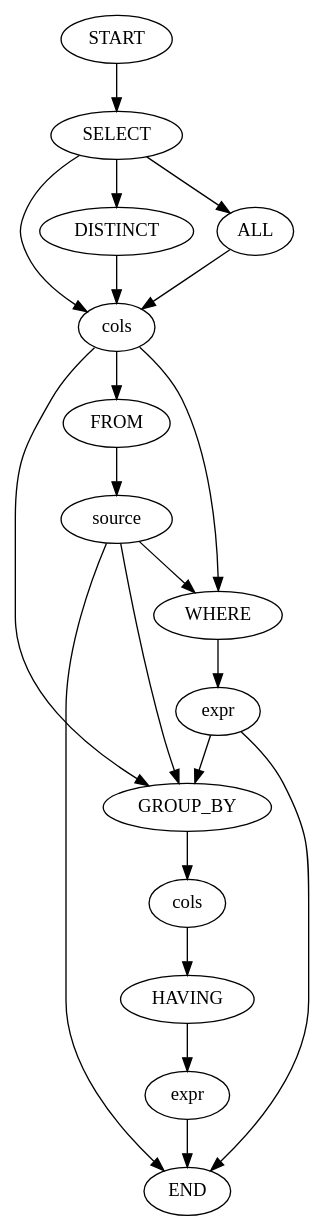
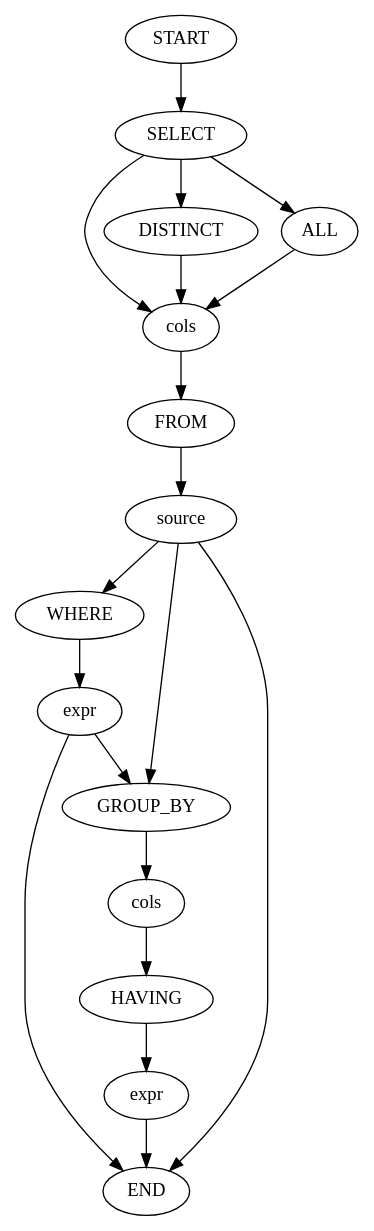
The diagram in src/generator/grammar.dot (BalderHolst/query-builder), drawn with Graphviz before and after one commit. The commit also changed 5 other files, not shown here.

```diff
--- a/src/generator/grammar.dot
+++ b/src/generator/grammar.dot
@@ -1,38 +1,36 @@
 # https://www.sqlite.org/syntaxdiagrams.html
 
 digraph my_graph {
     START;
     SELECT [label=SELECT];
     SELECT_TARGET [label=cols];
     DISTINCT_SPECIFIER [label=DISTINCT];
     ALL_SPECIFIER [label=ALL];
     FROM [label=FROM];
     FROM_TARGET [label=source];
     WHERE [label=WHERE];
     WHERE_TARGET [label=expr];
     GROUPBY [label=GROUP_BY];
     GROUPBY_TARGET [label=cols];
     HAVING [label=HAVING];
     HAVING_TARGET [label=expr];
     END;
 
     START -> SELECT
     SELECT -> SELECT_TARGET
     SELECT -> DISTINCT_SPECIFIER -> SELECT_TARGET
     SELECT -> ALL_SPECIFIER -> SELECT_TARGET
         SELECT_TARGET -> FROM
-        SELECT_TARGET -> WHERE
-        SELECT_TARGET -> GROUPBY
 
     FROM -> FROM_TARGET
         FROM_TARGET -> END
         FROM_TARGET -> GROUPBY
         FROM_TARGET -> WHERE
 
     WHERE -> WHERE_TARGET
         WHERE_TARGET -> GROUPBY
         WHERE_TARGET -> END
 
     GROUPBY -> GROUPBY_TARGET
         GROUPBY_TARGET -> HAVING -> HAVING_TARGET -> END
 }
```
